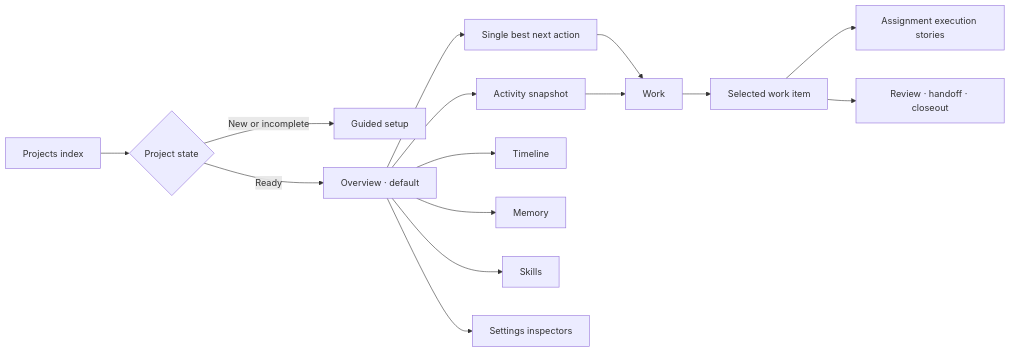
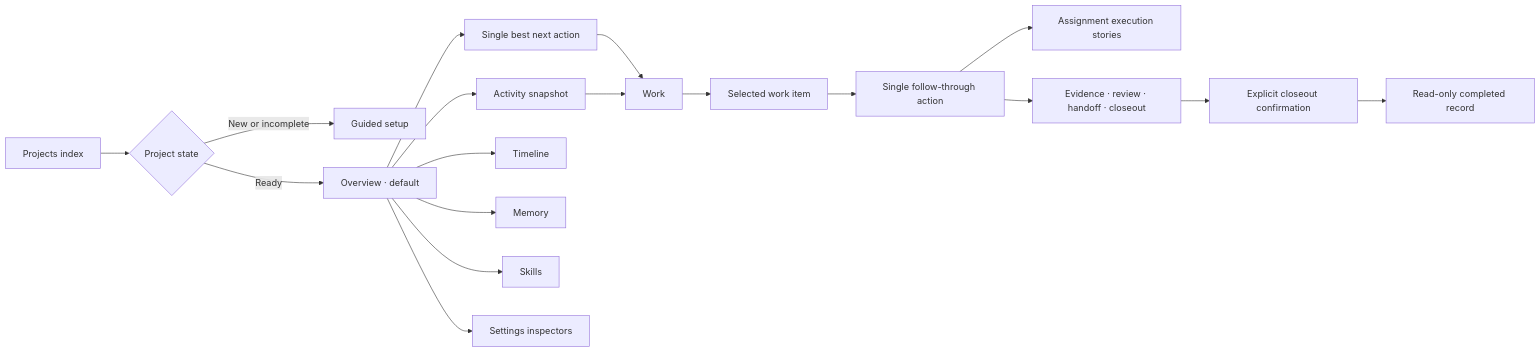
The first of 4 diagrams in docs/design/proposals/projects-cockpit-ux.md (hecatehq/hecate), drawn with Mermaid before and after one commit. The commit also changed other lines of this file and 44 other files, not shown here.

Commit message:
feat(projects): guide review and closeout

````diff
--- a/docs/design/proposals/projects-cockpit-ux.md
+++ b/docs/design/proposals/projects-cockpit-ux.md
@@ -53,17 +62,20 @@
 ```mermaid
 flowchart LR
   P["Projects index"] --> G{"Project state"}
   G -->|"New or incomplete"| O["Guided setup"]
   G -->|"Ready"| V["Overview · default"]
   V --> N["Single best next action"]
   V --> S["Activity snapshot"]
   N --> W["Work"]
   S --> W
   W --> D["Selected work item"]
-  D --> X["Assignment execution stories"]
-  D --> R["Review · handoff · closeout"]
+  D --> F["Single follow-through action"]
+  F --> X["Assignment execution stories"]
+  F --> R["Evidence · review · handoff · closeout"]
+  R --> C["Explicit closeout confirmation"]
+  C --> Q["Read-only completed record"]
   V --> T["Timeline"]
   V --> M["Memory"]
   V --> K["Skills"]
   V --> I["Settings inspectors"]
 ```
````
